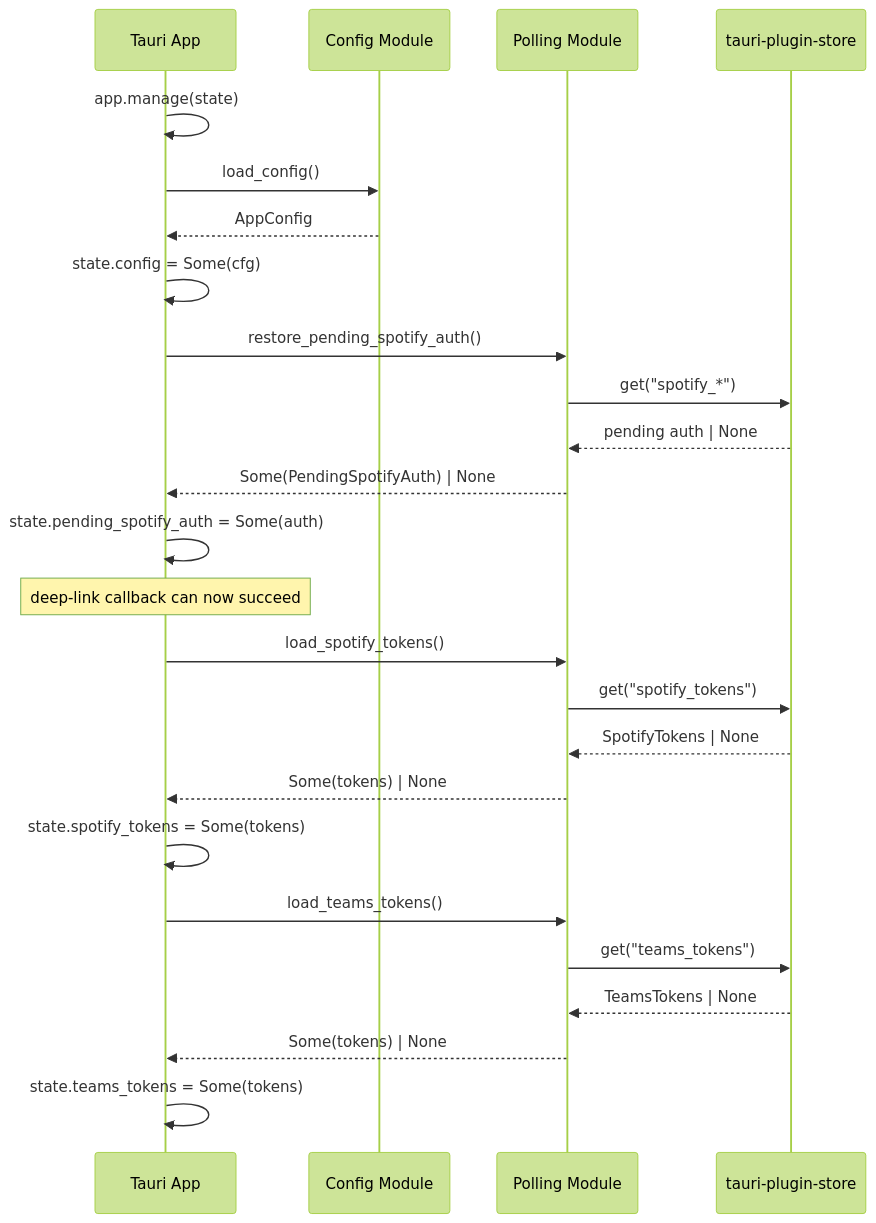
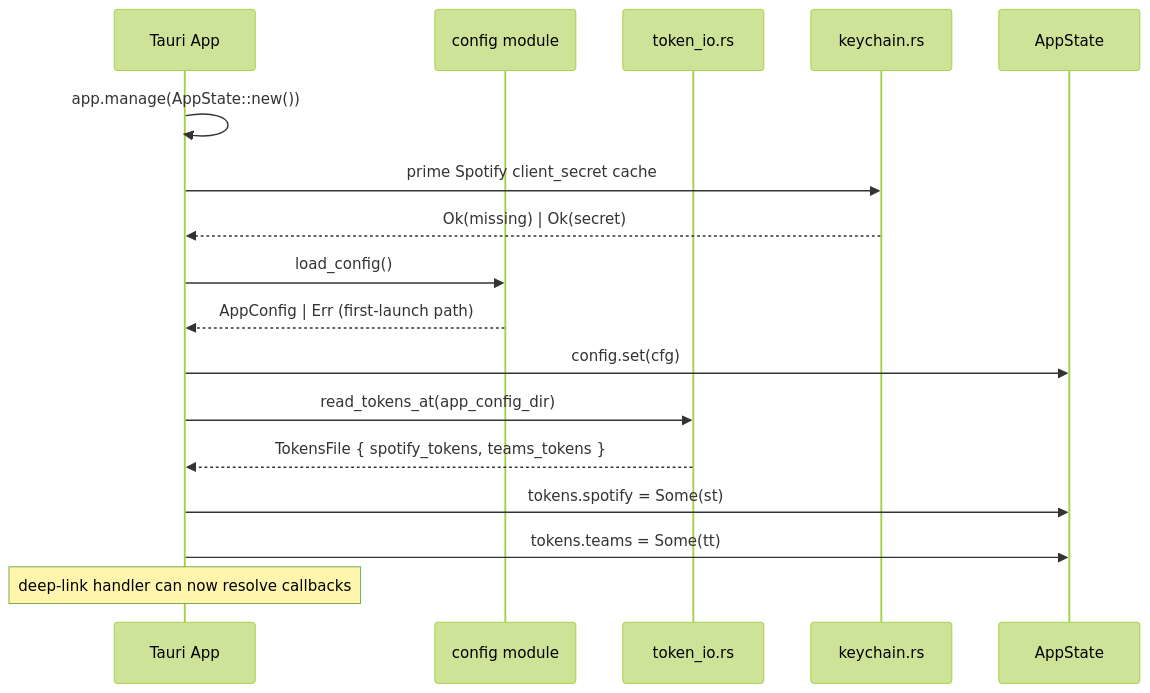
One commit to Carme99/PresenceJam-Desktop changed the fifth of 8 diagrams in ARCHITECTURE.md. Above: the diagram before and after it, drawn with Mermaid (forest theme). The commit also changed other lines of this file, not shown here.

First line of the commit message:
docs(architecture): rewrite to reflect v2.7.0–v2.8.0 codebase reality

````diff
--- a/ARCHITECTURE.md
+++ b/ARCHITECTURE.md
@@ -150,28 +180,20 @@
 ```mermaid
 sequenceDiagram
     participant App as Tauri App
-    participant Config as Config Module
-    participant Polling as Polling Module
-    participant Store as tauri-plugin-store
-    
-    App->>App: app.manage(state)
+    participant Config as config module
+    participant TokenIO as token_io.rs
+    participant Keychain as keychain.rs
+    participant State as AppState
+
+    App->>App: app.manage(AppState::new())
+    App->>Keychain: prime Spotify client_secret cache
+    Keychain-->>App: Ok(missing) | Ok(secret)
     App->>Config: load_config()
-    Config-->>App: AppConfig
-    App->>App: state.config = Some(cfg)
-    App->>Polling: restore_pending_spotify_auth()
-    Polling->>Store: get("spotify_*")
-    Store-->>Polling: pending auth | None
-    Polling-->>App: Some(PendingSpotifyAuth) | None
-    App->>App: state.pending_spotify_auth = Some(auth)
-    Note over App: deep-link callback can now succeed
-    App->>Polling: load_spotify_tokens()
-    Polling->>Store: get("spotify_tokens")
-    Store-->>Polling: SpotifyTokens | None
-    Polling-->>App: Some(tokens) | None
-    App->>App: state.spotify_tokens = Some(tokens)
-    App->>Polling: load_teams_tokens()
-    Polling->>Store: get("teams_tokens")
-    Store-->>Polling: TeamsTokens | None
-    Polling-->>App: Some(tokens) | None
-    App->>App: state.teams_tokens = Some(tokens)
+    Config-->>App: AppConfig | Err (first-launch path)
+    App->>State: config.set(cfg)
+    App->>TokenIO: read_tokens_at(app_config_dir)
+    TokenIO-->>App: TokensFile { spotify_tokens, teams_tokens }
+    App->>State: tokens.spotify = Some(st)
+    App->>State: tokens.teams = Some(tt)
+    Note over App: deep-link handler can now resolve callbacks
 ```
````
